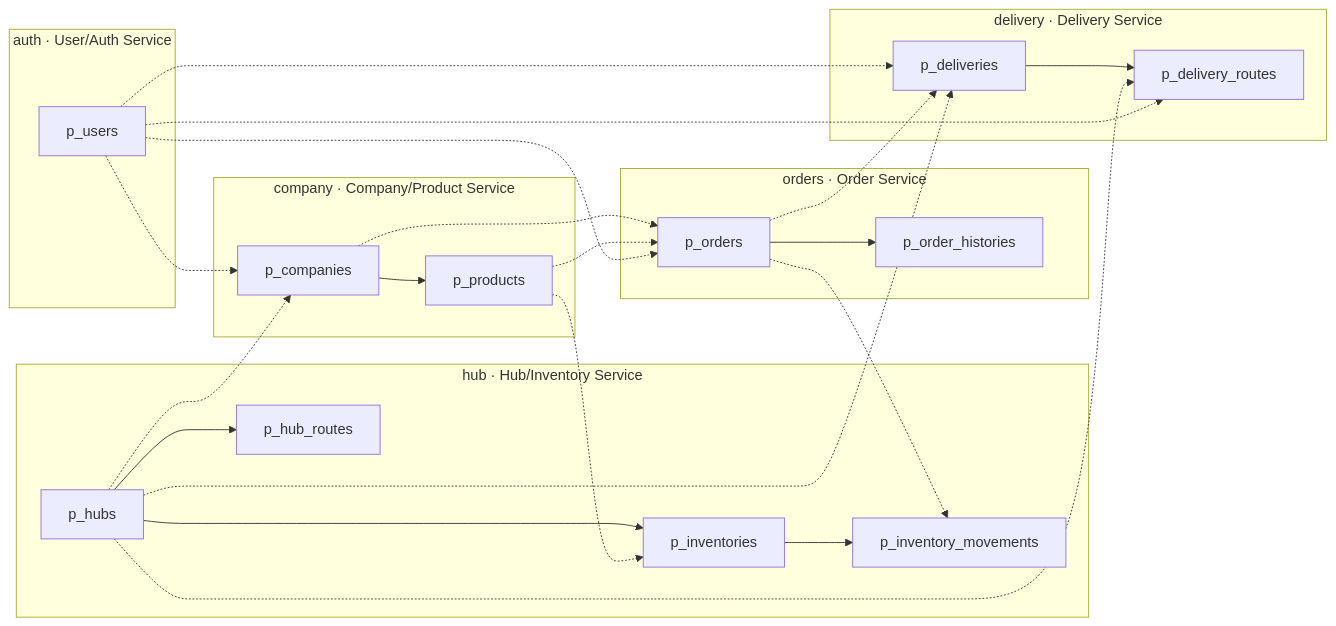
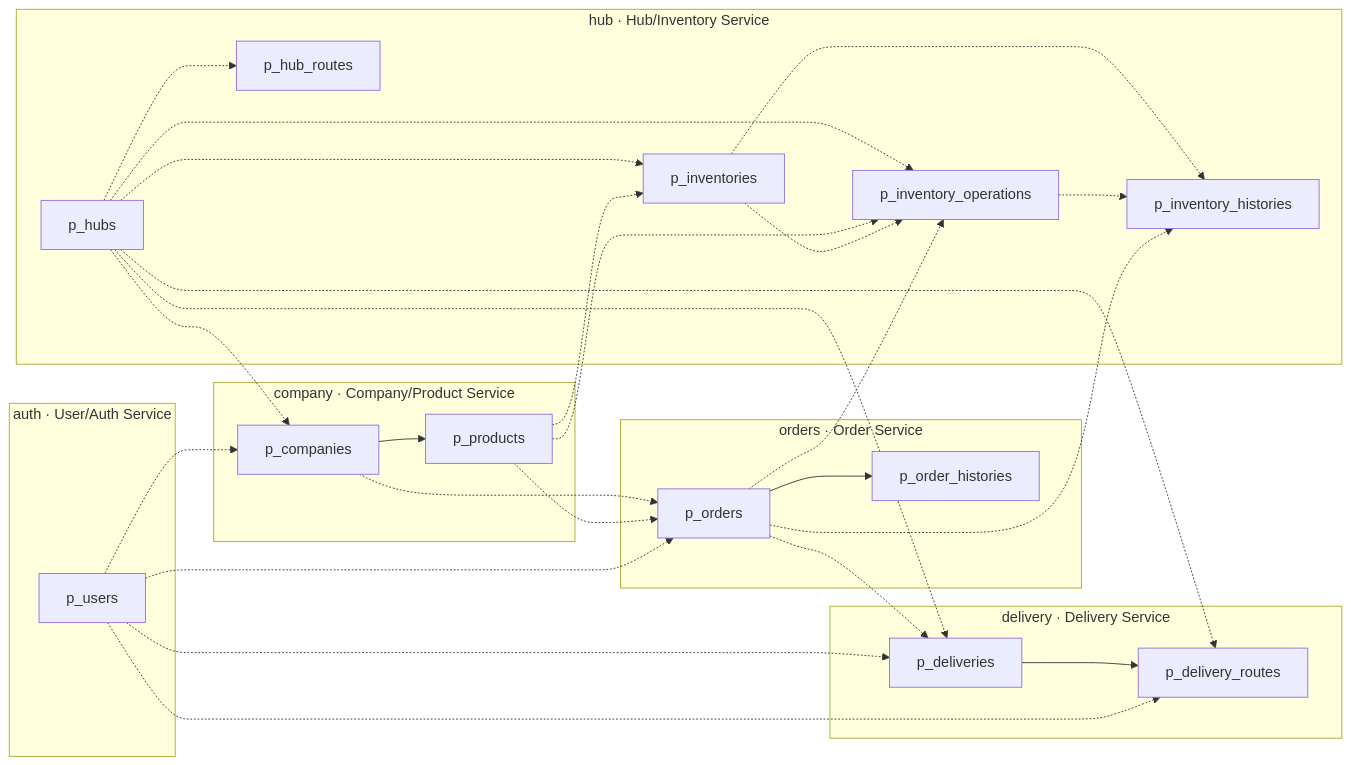
Before and after one commit to 01Commit10/sparta-logistics: the first of 2 diagrams in docs/design/05 ERD.md, drawn with Mermaid. The commit also changed other lines of this file and 8 other files, not shown here.

````diff
--- a/docs/design/05 ERD.md
+++ b/docs/design/05 ERD.md
@@ -34,50 +36,58 @@
 ```mermaid
 flowchart LR
     subgraph AUTH["auth · User/Auth Service"]
         users[p_users]
     end
 
     subgraph HUB["hub · Hub/Inventory Service"]
         hubs[p_hubs]
         hub_routes[p_hub_routes]
         inventories[p_inventories]
-        inv_mv[p_inventory_movements]
+        inv_op[p_inventory_operations]
+        inv_hist[p_inventory_histories]
     end
 
     subgraph COMPANY["company · Company/Product Service"]
         companies[p_companies]
         products[p_products]
     end
 
     subgraph ORDERS["orders · Order Service"]
         orders[p_orders]
         order_hist[p_order_histories]
     end
 
     subgraph DELIVERY["delivery · Delivery Service"]
         deliveries[p_deliveries]
         dlv_routes[p_delivery_routes]
     end
 
     %% FK (같은 스키마)
-    hubs --> hub_routes
-    hubs --> inventories
-    inventories --> inv_mv
     companies --> products
     orders --> order_hist
     deliveries --> dlv_routes
 
+    %% REF (Hub 내부도 UUID만 저장하며 실제 FK 없음)
+    hubs -.-> hub_routes
+    hubs -.-> inventories
+    hubs -.-> inv_op
+    products -.-> inv_op
+    inventories -.-> inv_op
+    inventories -.-> inv_hist
+    inv_op -.-> inv_hist
+    orders -.-> inv_op
+    orders -.-> inv_hist
+
     %% REF (서비스 간)
     products -.-> inventories
-    orders -.-> inv_mv
     hubs -.-> companies
     users -.-> companies
     companies -.-> orders
     products -.-> orders
     users -.-> orders
     orders -.-> deliveries
     hubs -.-> deliveries
     users -.-> deliveries
     hubs -.-> dlv_routes
     users -.-> dlv_routes
 ```
````
